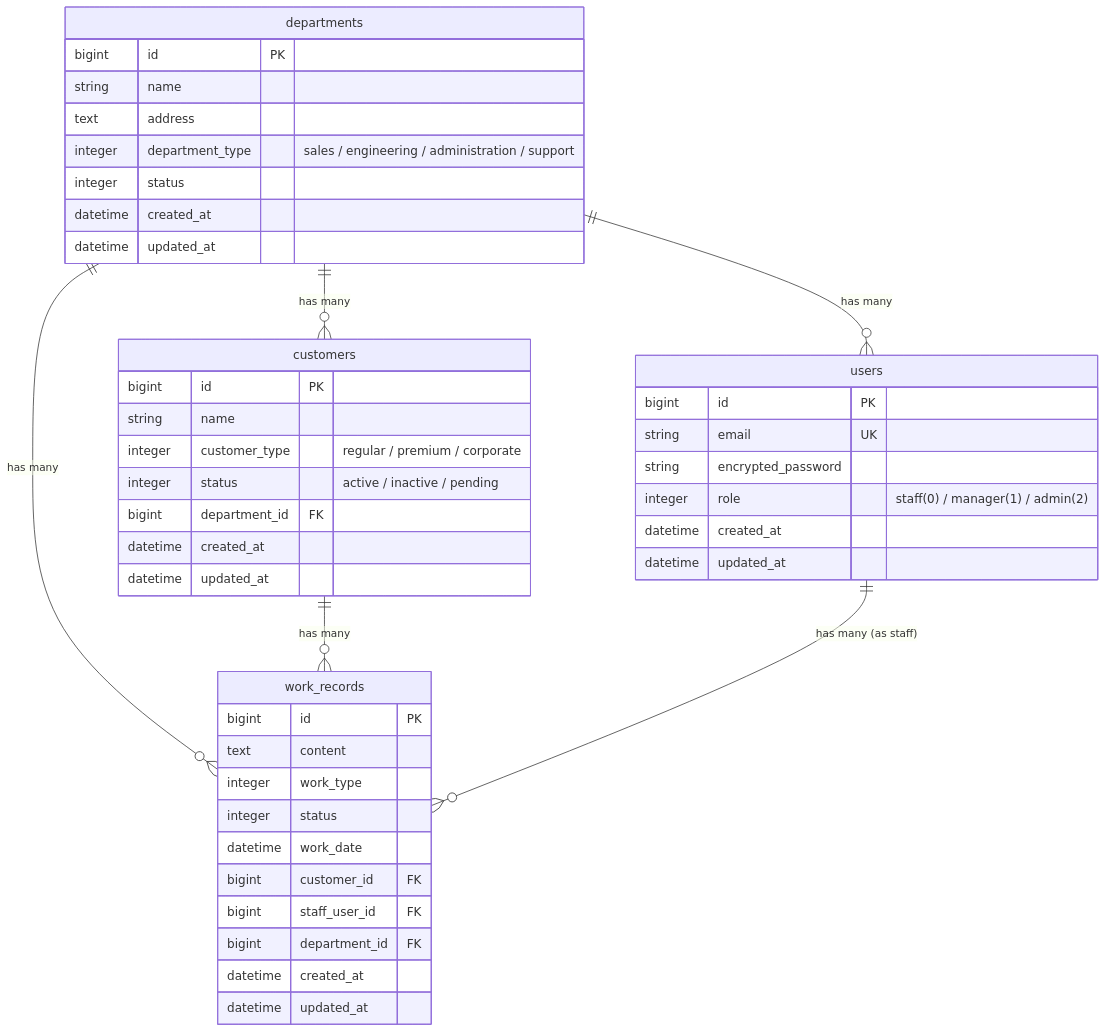
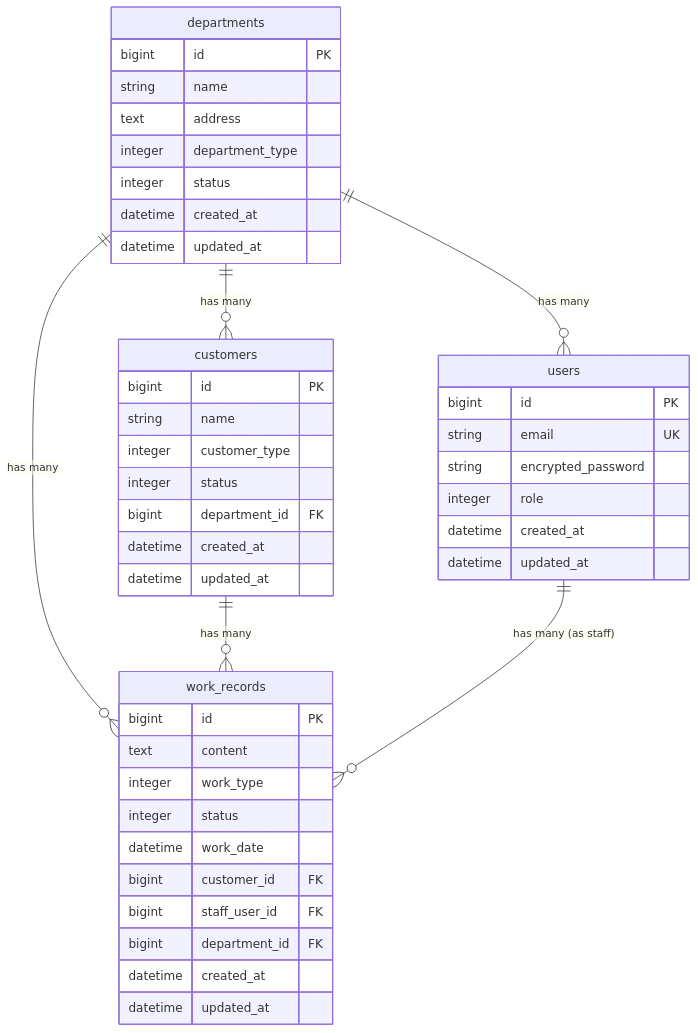
Before and after one commit to nyg1971/portfolio-office-management: the diagram in README.md, drawn with Mermaid.

Commit message:
hotfix fix README mermaid

````diff
--- a/README.md
+++ b/README.md
@@ -72,50 +72,50 @@
 ```mermaid
 erDiagram
     departments ||--o{ customers : "has many"
     departments ||--o{ users : "has many"
     departments ||--o{ work_records : "has many"
     customers ||--o{ work_records : "has many"
     users ||--o{ work_records : "has many (as staff)"
 
     departments {
         bigint id PK
         string name
         text address
-        integer department_type "sales / engineering / administration / support"
+        integer department_type
         integer status
         datetime created_at
         datetime updated_at
     }
 
     users {
         bigint id PK
         string email UK
         string encrypted_password
-        integer role "staff(0) / manager(1) / admin(2)"
+        integer role
         datetime created_at
         datetime updated_at
     }
 
     customers {
         bigint id PK
         string name
-        integer customer_type "regular / premium / corporate"
-        integer status "active / inactive / pending"
+        integer customer_type
+        integer status
         bigint department_id FK
         datetime created_at
         datetime updated_at
     }
 
     work_records {
         bigint id PK
         text content
         integer work_type
         integer status
         datetime work_date
         bigint customer_id FK
         bigint staff_user_id FK
         bigint department_id FK
         datetime created_at
         datetime updated_at
     }
 ```
````
